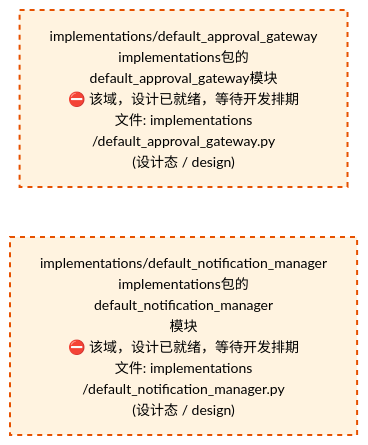
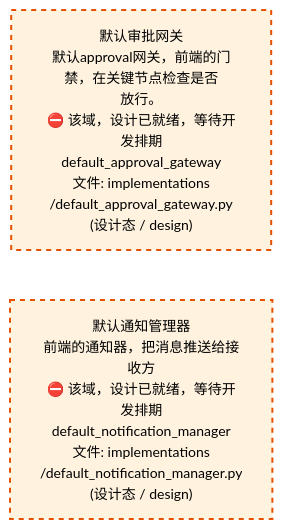
One commit to xuanFelixVan/ZephyrAlpha changed the third of 4 diagrams in docs/02_enterprise_architecture/02_domain_architecture_docs/47_d_frontend.md. Above: the diagram before and after it, drawn with Mermaid. The commit also changed other lines of this file and 54 other files, not shown here.

````diff
--- a/docs/02_enterprise_architecture/02_domain_architecture_docs/47_d_frontend.md
+++ b/docs/02_enterprise_architecture/02_domain_architecture_docs/47_d_frontend.md
@@ -177,12 +177,12 @@
 ```mermaid
 %%{init: {'theme': 'base', 'themeVariables': {'primaryColor': '#eaeaea', 'primaryTextColor': '#333333', 'primaryBorderColor': '#666666', 'lineColor': '#666666', 'secondaryColor': '#eaeaea', 'tertiaryColor': '#eaeaea', 'fontSize': '14px'}}}%%
 flowchart TD
-    src_zephyr_frontend_implementations_default_approval_gateway_py["implementations/default_approval_gateway<br/>implementations包的default_approval_gateway模块<br/>⛔ 该域，设计已就绪，等待开发排期<br/>文件: implementations<br/>/default_approval_gateway.py<br/>(设计态 / design)"]
-    src_zephyr_frontend_implementations_default_notification_manager_py["implementations/default_notification_manager<br/>implementations包的default_notification_manager<br/>模块<br/>⛔ 该域，设计已就绪，等待开发排期<br/>文件: implementations<br/>/default_notification_manager.py<br/>(设计态 / design)"]
+    src_zephyr_frontend_implementations_default_approval_gateway_py["默认审批网关<br/>默认approval网关，前端的门禁，在关键节点检查是否<br/>放行。<br/>⛔ 该域，设计已就绪，等待开发排期<br/>default_approval_gateway<br/>文件: implementations<br/>/default_approval_gateway.py<br/>(设计态 / design)"]
+    src_zephyr_frontend_implementations_default_notification_manager_py["默认通知管理器<br/>前端的通知器，把消息推送给接收方<br/>⛔ 该域，设计已就绪，等待开发排期<br/>default_notification_manager<br/>文件: implementations<br/>/default_notification_manager.py<br/>(设计态 / design)"]
     src_zephyr_frontend_implementations_default_approval_gateway_py ~~~ src_zephyr_frontend_implementations_default_notification_manager_py
     classDef production fill:#e1f5fe,stroke:#01579b,stroke-width:2px,color:#000
     classDef design fill:#fff3e0,stroke:#e65100,stroke-width:2px,color:#000,stroke-dasharray: 5 5
     classDef external_prod fill:#e8f4fd,stroke:#0277bd,stroke-width:1px,color:#000
     classDef external_design fill:#fff8e7,stroke:#ef6c00,stroke-width:1px,color:#000,stroke-dasharray: 5 5
     class src_zephyr_frontend_implementations_default_approval_gateway_py,src_zephyr_frontend_implementations_default_notification_manager_py design
 ```
````
